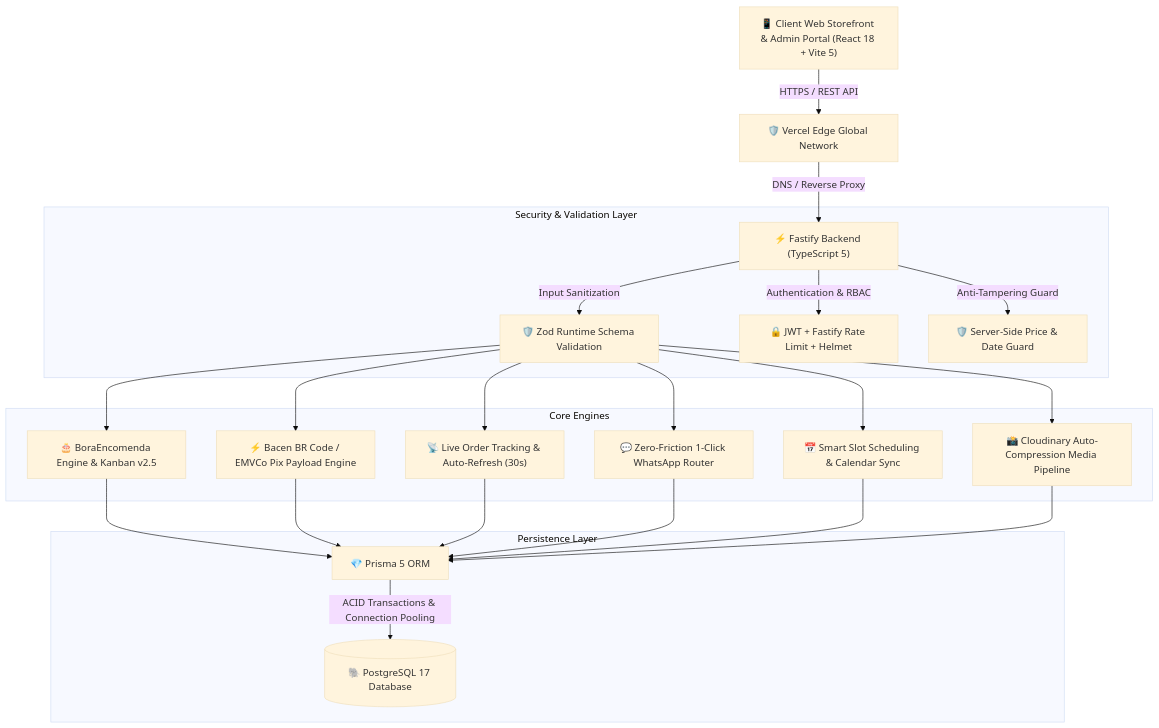
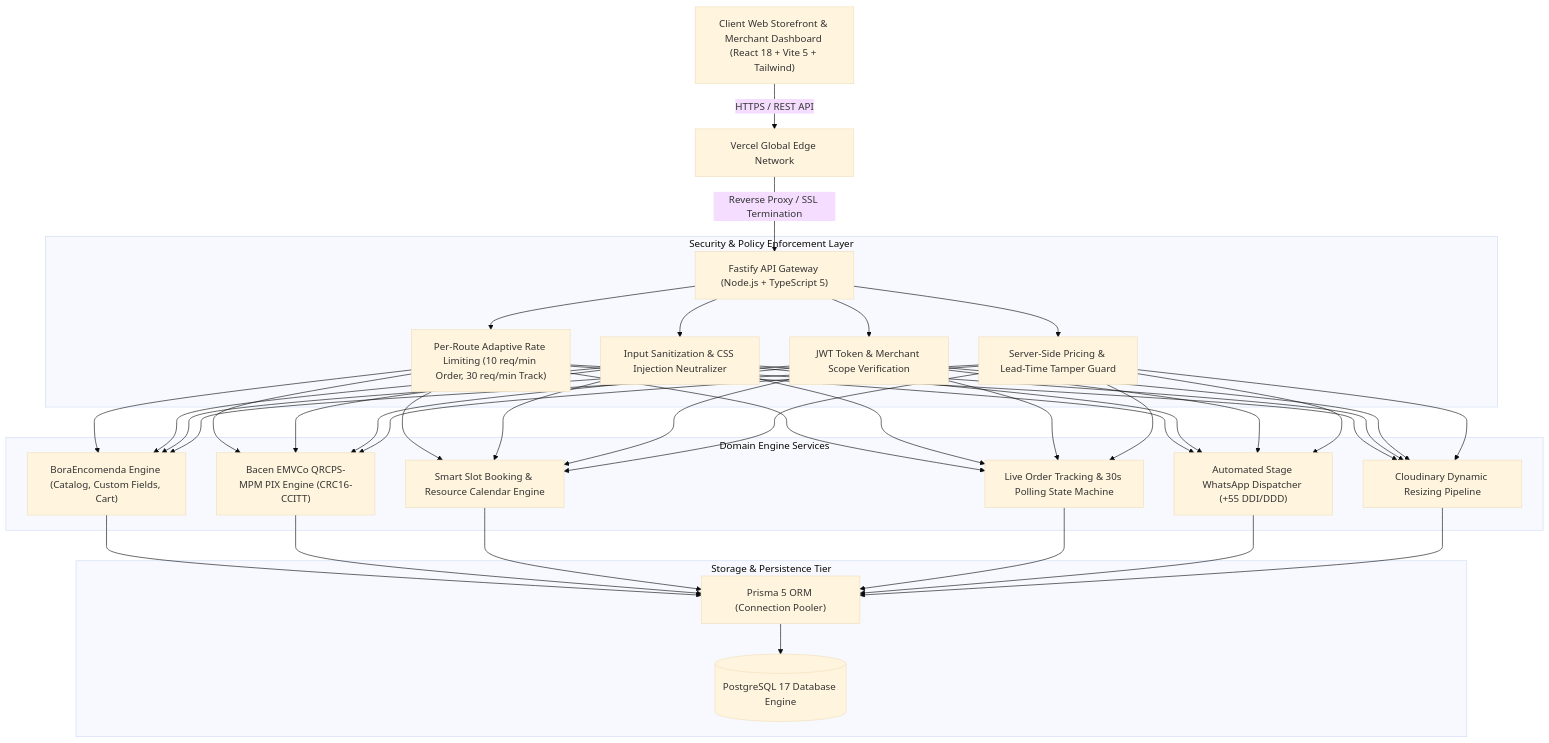
One commit to thevigillant/boramarka changed the diagram in README.md. Above: the diagram before and after it, drawn with Mermaid (base theme). The commit also changed other lines of this file and 7 other files, not shown here.

Commit message:
feat: BoraEncomenda v3.0 luxury redesign mobile modals and security hardening

````diff
--- a/README.md
+++ b/README.md
@@ -32,25 +30,26 @@
 ```mermaid
 graph TD
-    Client["📱 Client Web Storefront & Admin Portal (React 18 + Vite 5)"] -->|HTTPS / REST API| Edge["🛡️ Vercel Edge Global Network"]
-    Edge -->|DNS / Reverse Proxy| Server["⚡ Fastify Backend (TypeScript 5)"]
+    Client["Client Web Storefront & Merchant Dashboard (React 18 + Vite 5 + Tailwind)"] -->|HTTPS / REST API| Edge["Vercel Global Edge Network"]
+    Edge -->|Reverse Proxy / SSL Termination| API["Fastify API Gateway (Node.js + TypeScript 5)"]
     
-    subgraph Security & Validation Layer
-        Server -->|Input Sanitization| Zod["🛡️ Zod Runtime Schema Validation"]
-        Server -->|Authentication & RBAC| JWT["🔒 JWT + Fastify Rate Limit + Helmet"]
-        Server -->|Anti-Tampering Guard| AntiFraud["🛡️ Server-Side Price & Date Guard"]
+    subgraph Security & Policy Enforcement Layer
+        API --> RateLimit["Per-Route Adaptive Rate Limiting (10 req/min Order, 30 req/min Track)"]
+        API --> InputSanitizer["Input Sanitization & CSS Injection Neutralizer"]
+        API --> AuthGuard["JWT Token & Merchant Scope Verification"]
+        API --> AntiTamper["Server-Side Pricing & Lead-Time Tamper Guard"]
     end
 
-    subgraph Core Engines
-        Zod --> Encomenda["🎂 BoraEncomenda Engine & Kanban v2.5"]
-        Zod --> PixEngine["⚡ Bacen BR Code / EMVCo Pix Payload Engine"]
-        Zod --> Tracking["📡 Live Order Tracking & Auto-Refresh (30s)"]
-        Zod --> WAEngine["💬 Zero-Friction 1-Click WhatsApp Router"]
-        Zod --> Scheduling["📅 Smart Slot Scheduling & Calendar Sync"]
-        Zod --> Upload["📸 Cloudinary Auto-Compression Media Pipeline"]
+    subgraph Domain Engine Services
+        RateLimit & InputSanitizer & AuthGuard & AntiTamper --> EncomendaEngine["BoraEncomenda Engine (Catalog, Custom Fields, Cart)"]
+        RateLimit & InputSanitizer & AuthGuard & AntiTamper --> PixEngine["Bacen EMVCo QRCPS-MPM PIX Engine (CRC16-CCITT)"]
+        RateLimit & InputSanitizer & AuthGuard & AntiTamper --> BookingEngine["Smart Slot Booking & Resource Calendar Engine"]
+        RateLimit & InputSanitizer & AuthGuard & AntiTamper --> OrderTracker["Live Order Tracking & 30s Polling State Machine"]
+        RateLimit & InputSanitizer & AuthGuard & AntiTamper --> WhatsAppDispatcher["Automated Stage WhatsApp Dispatcher (+55 DDI/DDD)"]
+        RateLimit & InputSanitizer & AuthGuard & AntiTamper --> MediaService["Cloudinary Dynamic Resizing Pipeline"]
     end
     
-    subgraph Persistence Layer
-        Encomenda & PixEngine & Tracking & WAEngine & Scheduling & Upload --> Prisma["💎 Prisma 5 ORM"]
-        Prisma -->|ACID Transactions & Connection Pooling| DB[("🐘 PostgreSQL 17 Database")]
+    subgraph Storage & Persistence Tier
+        EncomendaEngine & PixEngine & BookingEngine & OrderTracker & WhatsAppDispatcher & MediaService --> Prisma["Prisma 5 ORM (Connection Pooler)"]
+        Prisma --> DB[("PostgreSQL 17 Database Engine")]
     end
 ```
````
